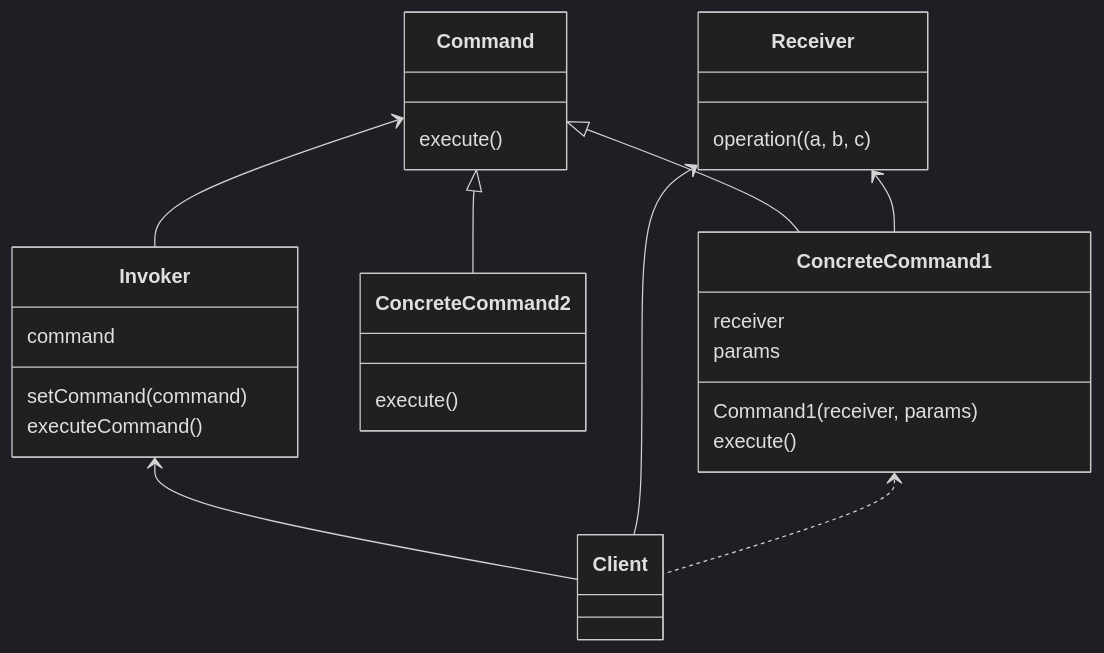
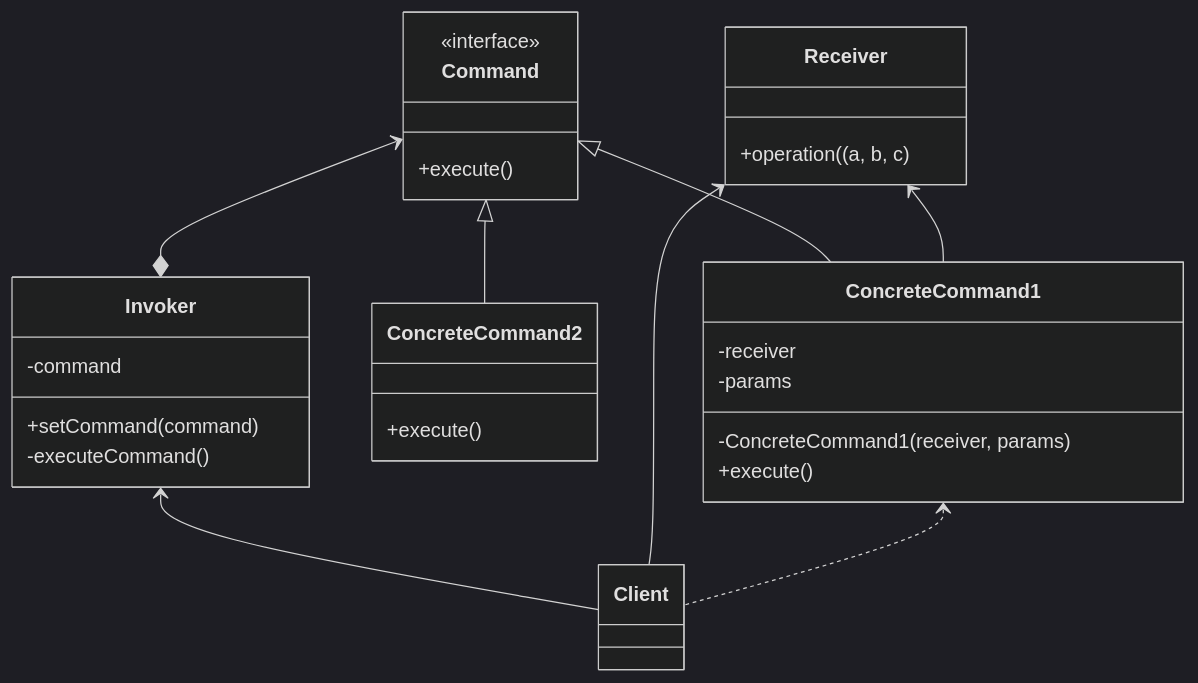
One commit to Buzzvil/awesome-design-patterns changed the diagram in patterns/Command/README.md. Above: the diagram before and after it, drawn with Mermaid (dark theme).

Commit message:
change mermaid

````diff
--- a/patterns/Command/README.md
+++ b/patterns/Command/README.md
@@ -21,32 +21,33 @@
 ```mermaid
 classDiagram
     class Client{
     }
     class Receiver{
-      operation((a, b, c)
+      +operation((a, b, c)
     }
     class Command{
-      execute()
+      <<interface>>
+      +execute()
     }
     class ConcreteCommand1{
-      receiver
-      params
-      Command1(receiver, params)
-      execute()
+      -receiver
+      -params
+      -ConcreteCommand1(receiver, params)
+      +execute()
     }
     class ConcreteCommand2{
-      execute()
+      +execute()
     }
     class Invoker{
-      command
-      setCommand(command)
-      executeCommand()
+      -command
+      +setCommand(command)
+      -executeCommand()
     }
     Invoker <-- Client
     Receiver <-- Client
     ConcreteCommand1 <.. Client
     Command <|-- ConcreteCommand1
     Receiver <-- ConcreteCommand1
     Command <|-- ConcreteCommand2
-    Command <-- Invoker
+    Command <--* Invoker
 ```
````
